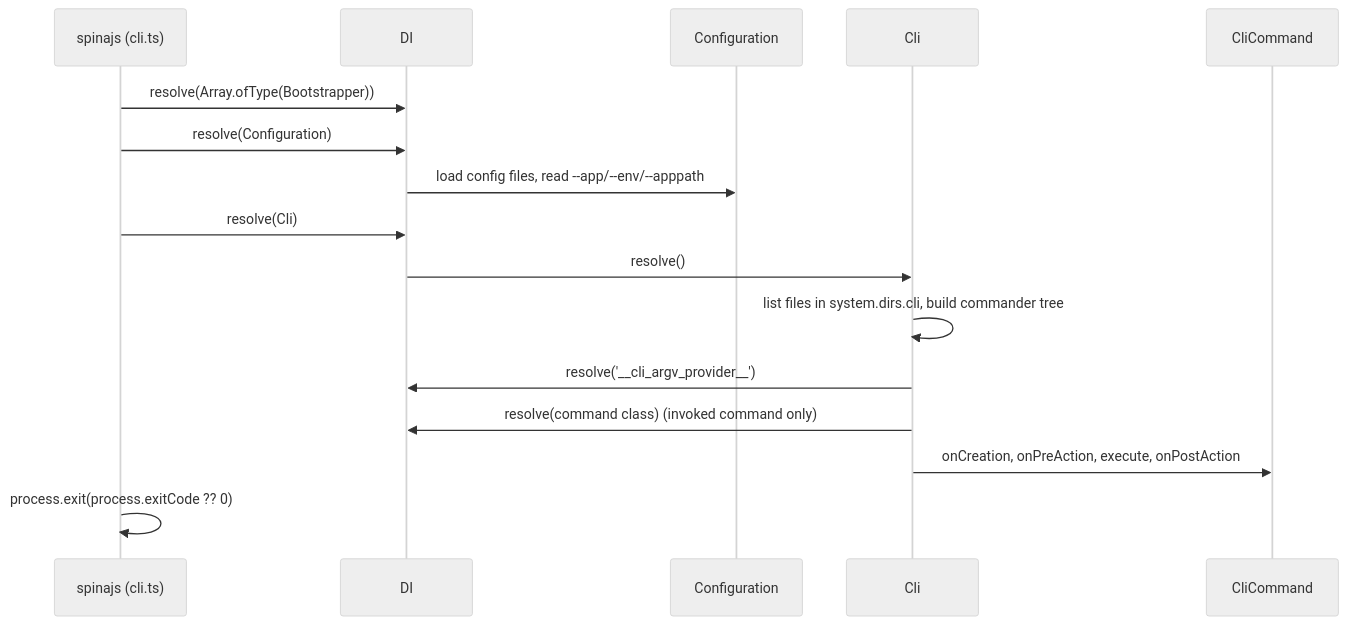
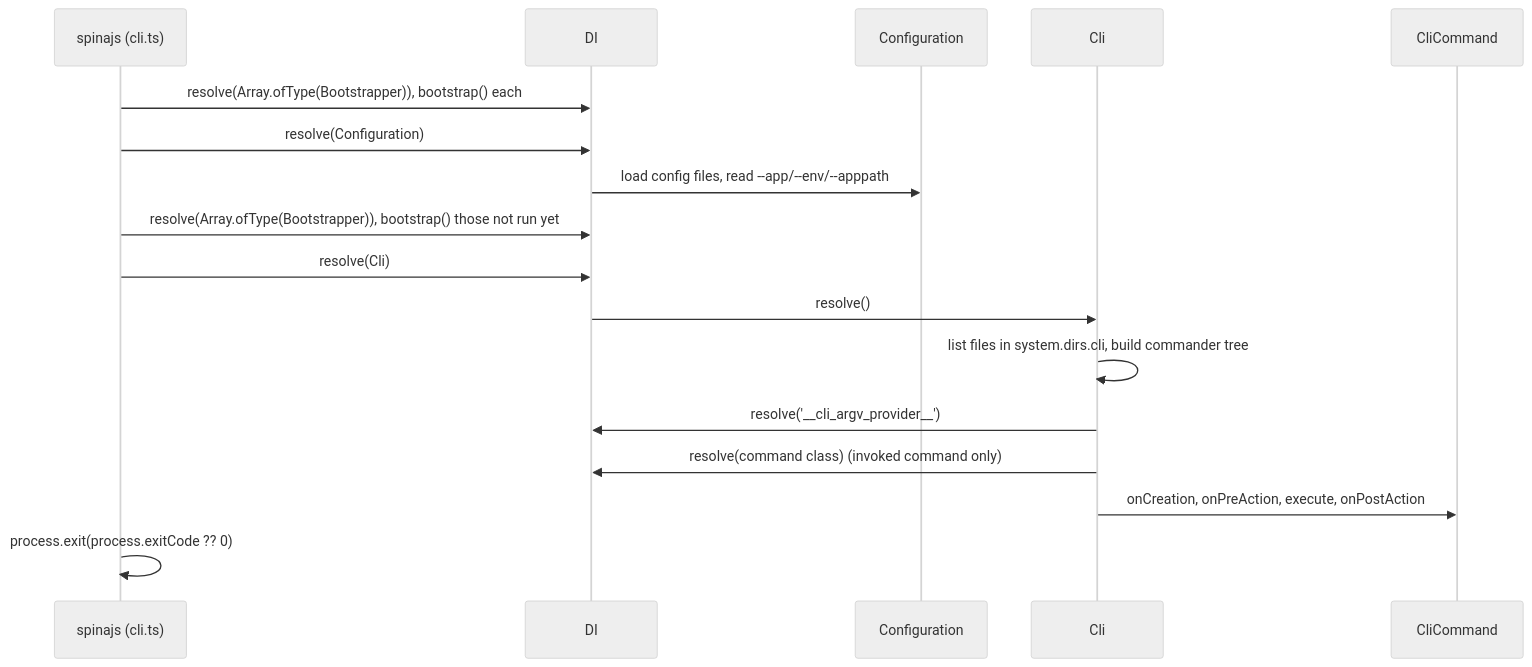
Before and after one commit to spinajs/main: the diagram in docs/cli/01-running-the-cli.md, drawn with Mermaid (neutral theme). The commit also changed other lines of this file and 6 other files, not shown here.

````diff
--- a/docs/cli/01-running-the-cli.md
+++ b/docs/cli/01-running-the-cli.md
@@ -15,18 +15,19 @@
 ```mermaid
 sequenceDiagram
   participant Bin as spinajs (cli.ts)
   participant DI
   participant Conf as Configuration
   participant Cli
   participant Cmd as CliCommand
-  Bin->>DI: resolve(Array.ofType(Bootstrapper))
+  Bin->>DI: resolve(Array.ofType(Bootstrapper)), bootstrap() each
   Bin->>DI: resolve(Configuration)
   DI->>Conf: load config files, read --app/--env/--apppath
+  Bin->>DI: resolve(Array.ofType(Bootstrapper)), bootstrap() those not run yet
   Bin->>DI: resolve(Cli)
   DI->>Cli: resolve()
   Cli->>Cli: list files in system.dirs.cli, build commander tree
   Cli->>DI: resolve('__cli_argv_provider__')
   Cli->>DI: resolve(command class) (invoked command only)
   Cli->>Cmd: onCreation, onPreAction, execute, onPostAction
   Bin->>Bin: process.exit(process.exitCode ?? 0)
 ```
````
